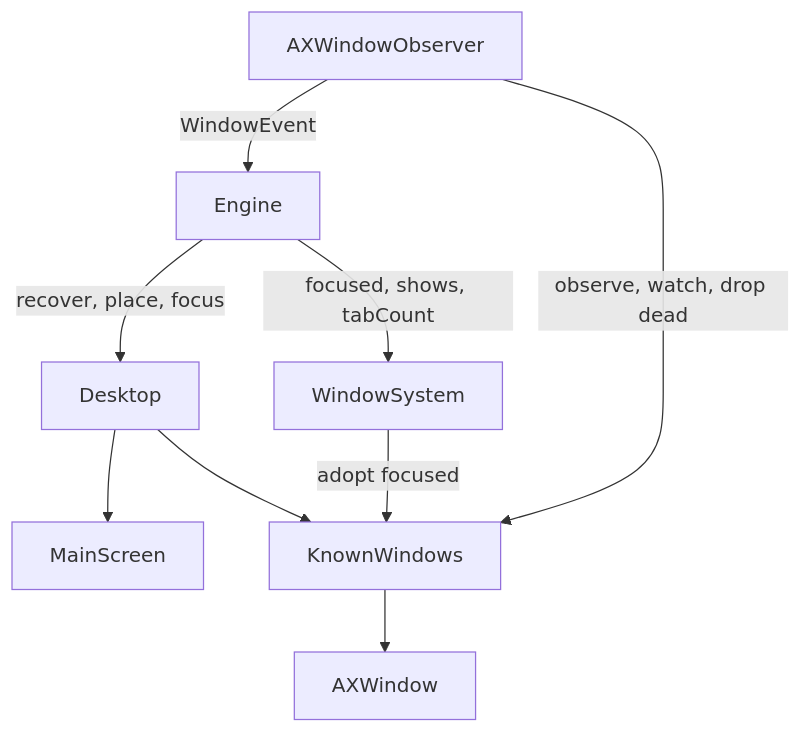
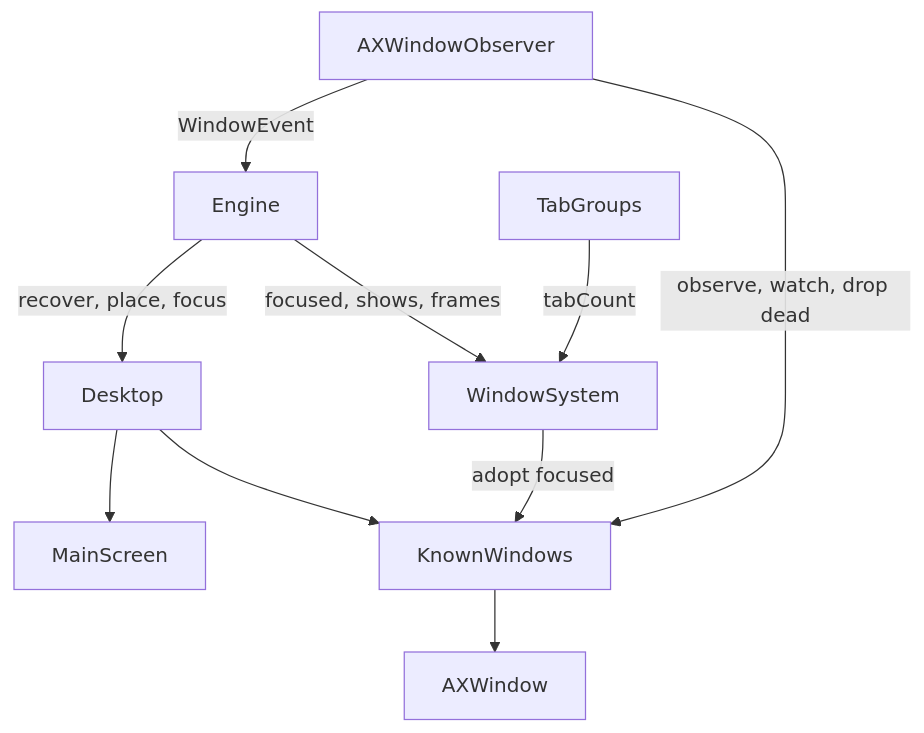
Before and after one commit to brennovich/ottowm: the fifth of 17 diagrams in ARCHITECTURE.md, drawn with Mermaid. The commit also changed other lines of this file and 8 other files, not shown here.

First line of the commit message:
Refactor tabcount to belong to TabGroups

````diff
--- a/ARCHITECTURE.md
+++ b/ARCHITECTURE.md
@@ -118,11 +118,12 @@
 ```mermaid
 flowchart TB
     Engine -->|recover, place, focus| Desktop
-    Engine -->|focused, shows, tabCount| WindowSystem
+    Engine -->|focused, shows, frames| WindowSystem
+    TabGroups -->|tabCount| WindowSystem
     AXWindowObserver -->|WindowEvent| Engine
     Desktop --> MainScreen
     Desktop --> KnownWindows
     WindowSystem -->|adopt focused| KnownWindows
     AXWindowObserver -->|observe, watch, drop dead| KnownWindows
     KnownWindows --> AXWindow
 ```
````
